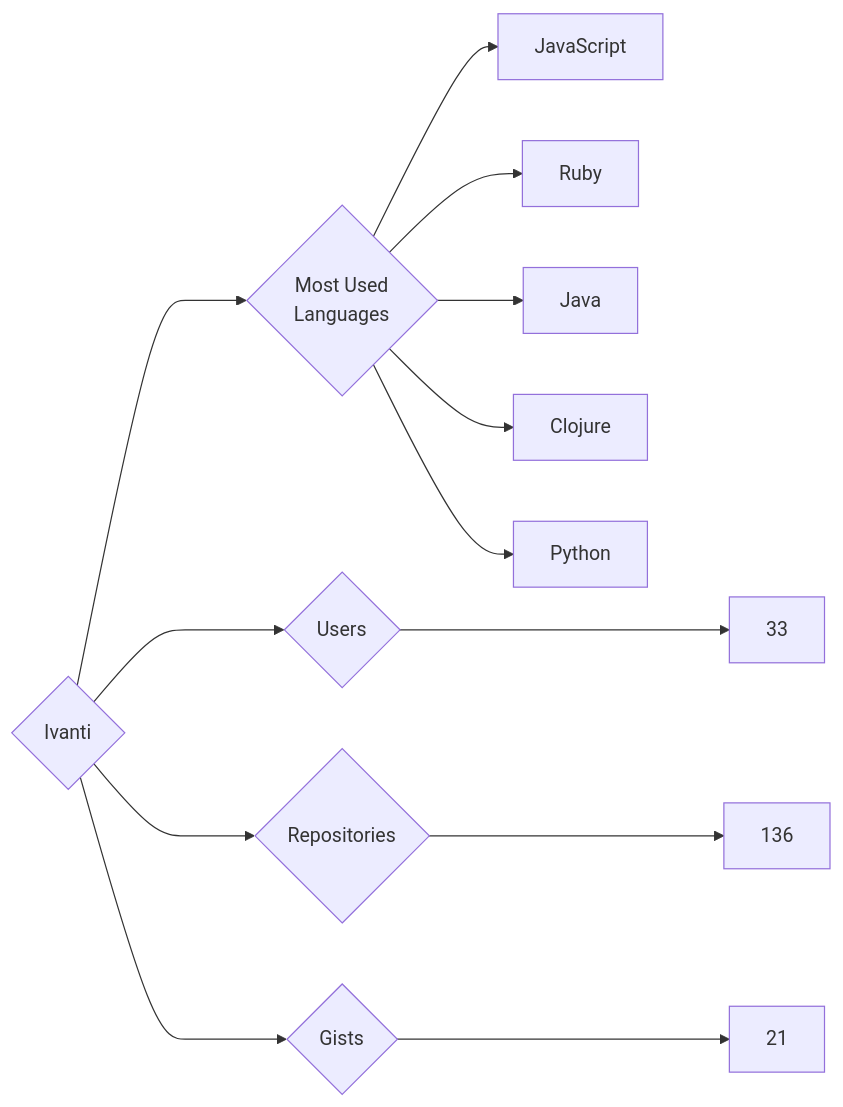
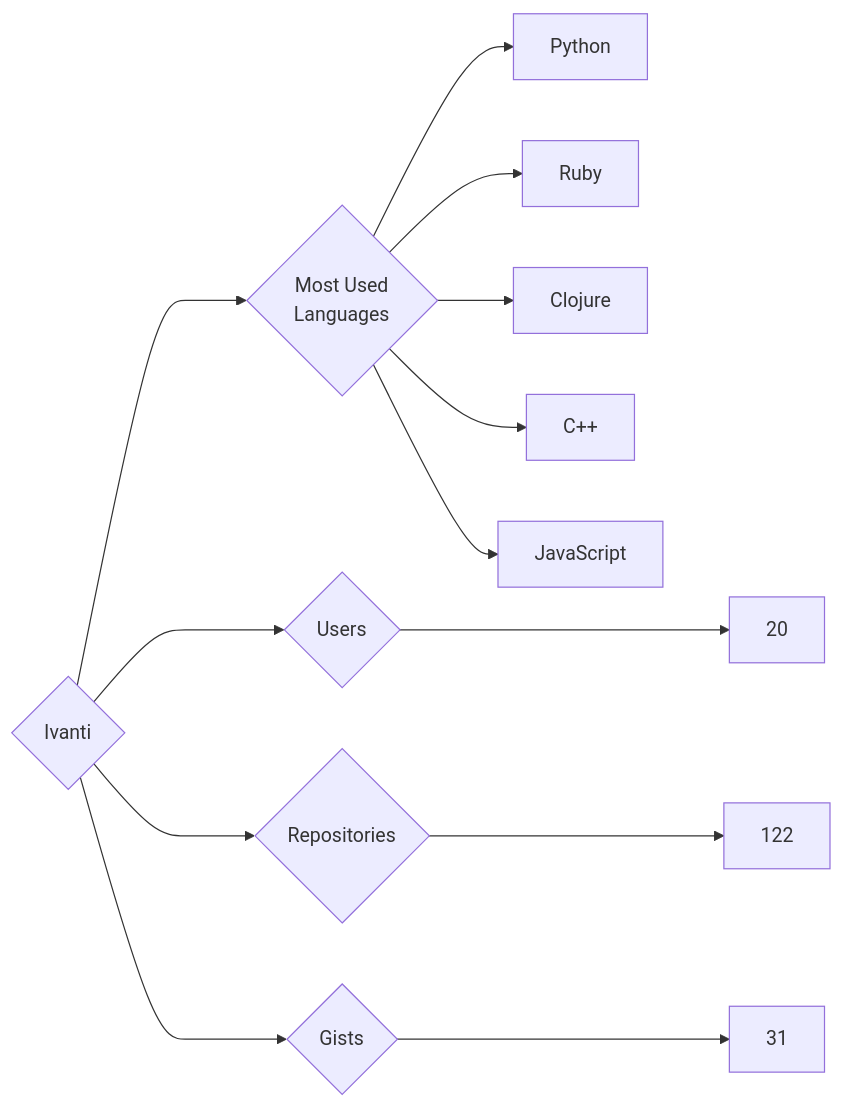
One commit to trickest/insiders changed the diagram in targets/Ivanti/README.md. Above: the diagram before and after it, drawn with Mermaid. The commit also changed 657 other files, not shown here.

````diff
--- a/targets/Ivanti/README.md
+++ b/targets/Ivanti/README.md
@@ -3,13 +3,13 @@
 ```mermaid
 graph LR
 COMPANY_NAME{Ivanti}
-COMPANY_NAME ---> U{Users} ---> UN[33]
-COMPANY_NAME ---> R{Repositories} ---> RN[136]
-COMPANY_NAME ---> G{Gists} ---> GN[21]
+COMPANY_NAME ---> U{Users} ---> UN[20]
+COMPANY_NAME ---> R{Repositories} ---> RN[122]
+COMPANY_NAME ---> G{Gists} ---> GN[31]
 COMPANY_NAME ---> ML{Most Used<br>Languages}
+ML --> Python[Python]
+ML --> Ruby[Ruby]
+ML --> Clojure[Clojure]
+ML --> C++[C++]
 ML --> JavaScript[JavaScript]
-ML --> Ruby[Ruby]
-ML --> Java[Java]
-ML --> Clojure[Clojure]
-ML --> Python[Python]
 ```
````
